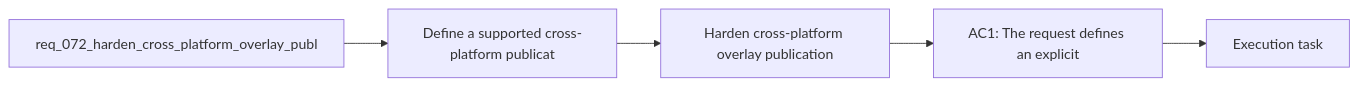
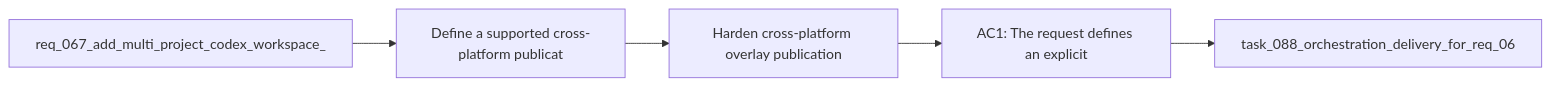
The diagram in logics/backlog/item_095_harden_cross_platform_overlay_publication_for_symlink_junction_and_copy_fallback.md (AlexAgo83/logics-manager), drawn with Mermaid before and after one commit. The commit also changed other lines of this file and 481 other files, not shown here.

````diff
--- a/logics/backlog/item_095_harden_cross_platform_overlay_publication_for_symlink_junction_and_copy_fallback.md
+++ b/logics/backlog/item_095_harden_cross_platform_overlay_publication_for_symlink_junction_and_copy_fallback.md
@@ -22,9 +22,9 @@
 ```mermaid
 %% logics-kind: backlog
 %% logics-signature: backlog|harden-cross-platform-overlay-publicatio|req-067-add-multi-project-codex-workspac|define-a-supported-cross-platform-public|ac1-the-request-defines-an-explicit
 flowchart LR
-    Request[req_072_harden_cross_platform_overlay_publ] --> Problem[Define a supported cross-platform publicat]
+    Request[req_067_add_multi_project_codex_workspace_] --> Problem[Define a supported cross-platform publicat]
     Problem --> Scope[Harden cross-platform overlay publication]
     Scope --> Acceptance[AC1: The request defines an explicit]
-    Acceptance --> Tasks[Execution task]
+    Acceptance --> Tasks[task_088_orchestration_delivery_for_req_06]
 ```
````
